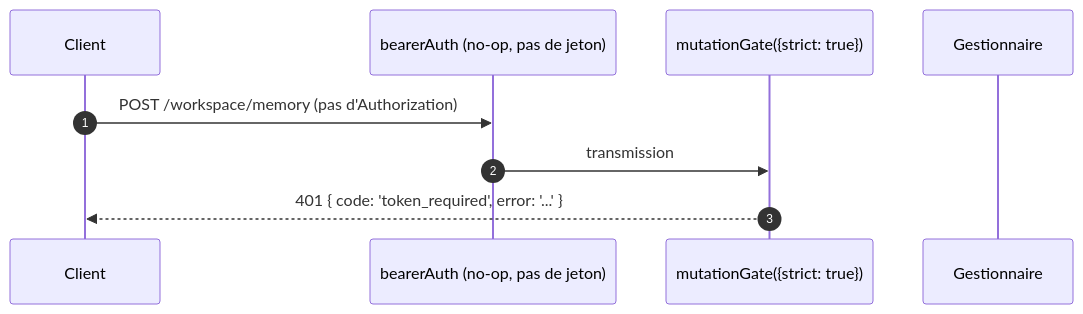
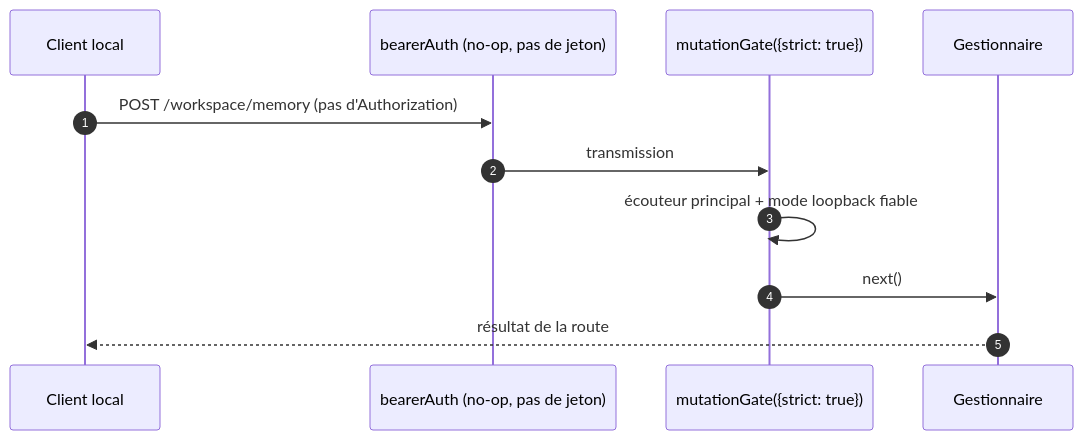
Before and after one commit to QwenLM/qwen-code-docs: the fourth of 4 diagrams in website/content/fr/developers/daemon/12-auth-security.md, drawn with Mermaid. The commit also changed other lines of this file and 267 other files, not shown here.

````diff
--- a/website/content/fr/developers/daemon/12-auth-security.md
+++ b/website/content/fr/developers/daemon/12-auth-security.md
@@ -253,12 +265,14 @@
 ```mermaid
 sequenceDiagram
     autonumber
-    participant C as Client
+    participant C as Client local
     participant BA as bearerAuth (no-op, pas de jeton)
     participant MG as mutationGate({strict: true})
     participant R as Gestionnaire
 
     C->>BA: POST /workspace/memory (pas d'Authorization)
     BA->>MG: transmission
-    MG-->>C: 401 { code: 'token_required', error: '...' }
+    MG->>MG: écouteur principal + mode loopback fiable
+    MG->>R: next()
+    R-->>C: résultat de la route
 ```
````
